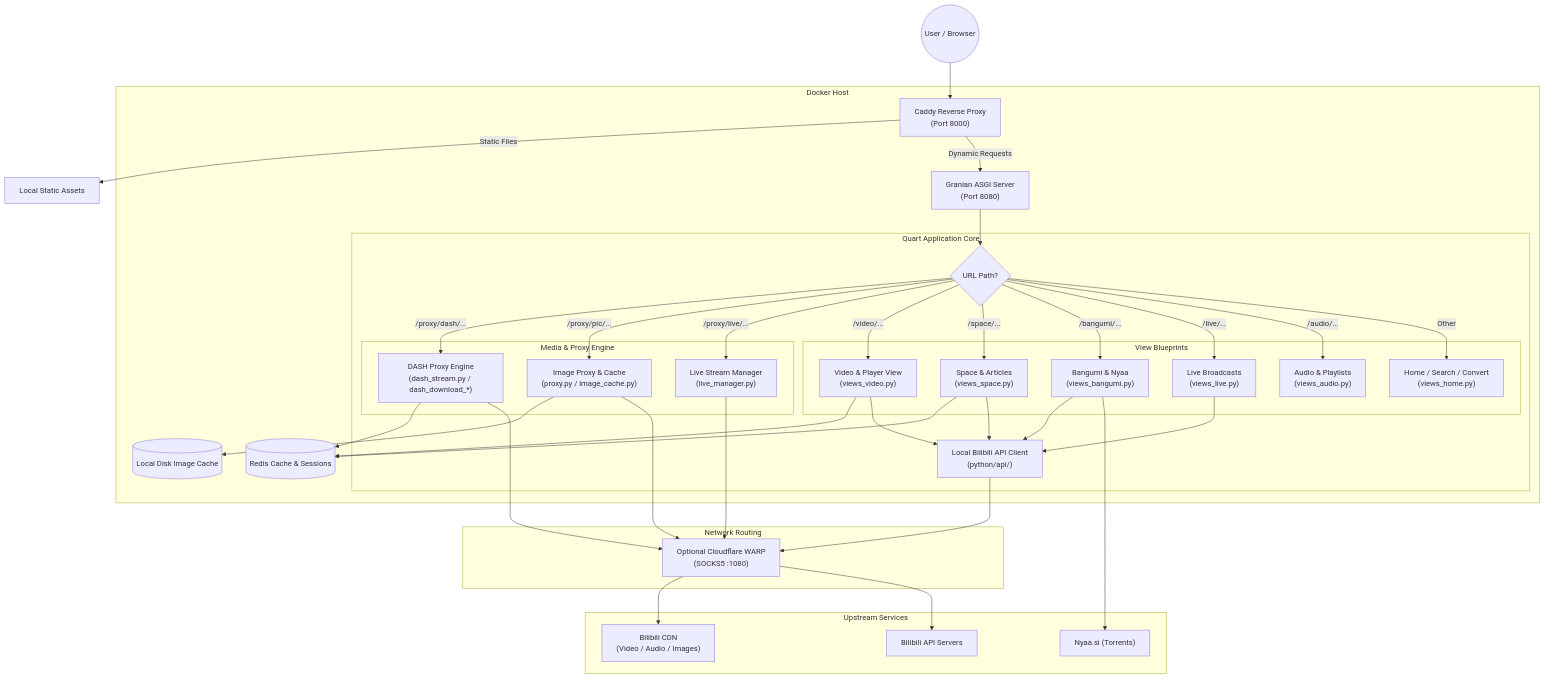
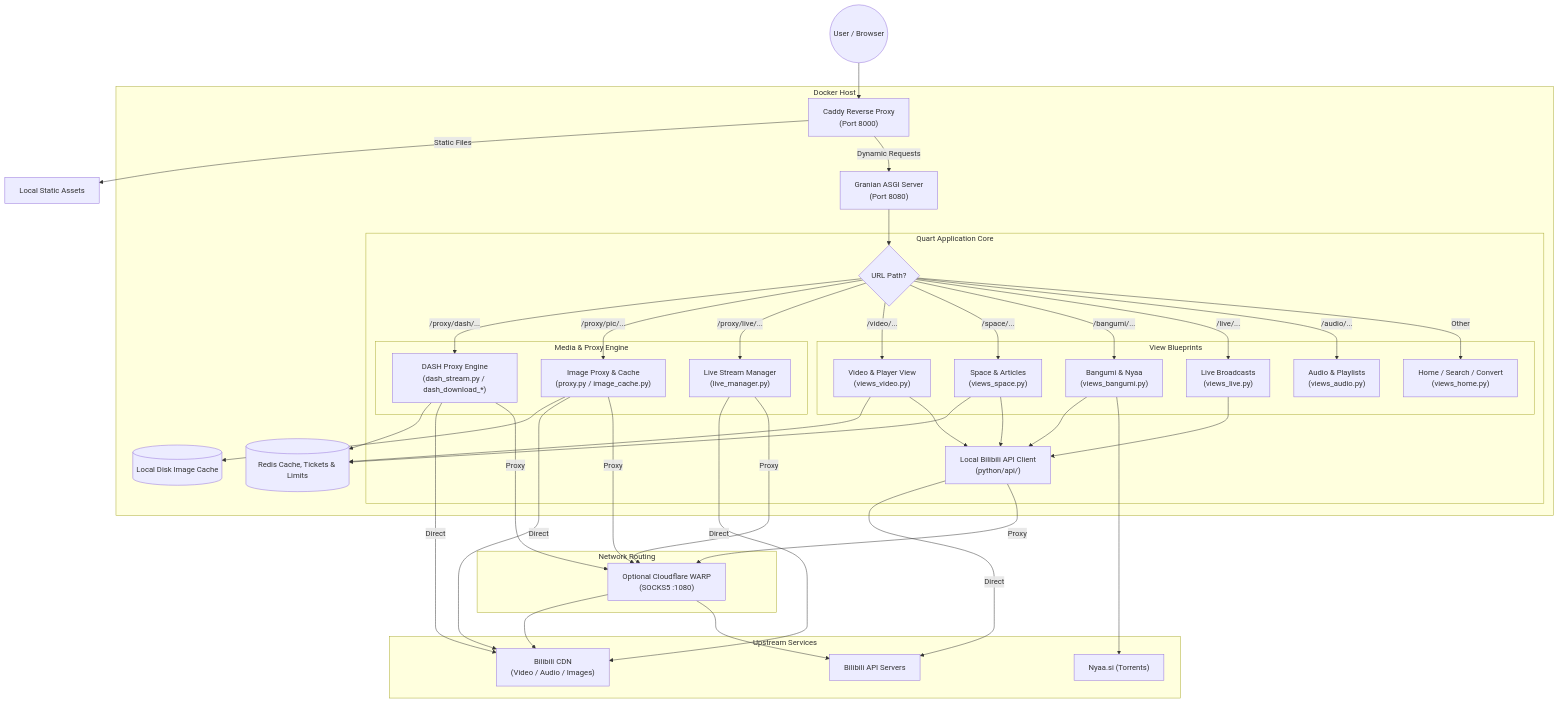
The diagram in doc/architecture.md (apicalshark/mikuinvidious), drawn with Mermaid before and after one commit. The commit also changed other lines of this file and 4 other files, not shown here.

````diff
--- a/doc/architecture.md
+++ b/doc/architecture.md
@@ -102,7 +105,7 @@
             BiliAPI["Local Bilibili API Client<br>(python/api/)"]
         end
 
-        Redis[("Redis Cache & Sessions")]
+        Redis[("Redis Cache, Tickets & Limits")]
         DiskCache[("Local Disk Image Cache")]
     end
 
@@ -135,10 +138,13 @@
 
     %% Cache & API paths
     ProxyDASH --> Redis
-    ProxyDASH --> Warp
+    ProxyDASH -- "Direct" --> BiliCDN
+    ProxyDASH -- "Proxy" --> Warp
     ProxyPic --> DiskCache
-    ProxyPic --> Warp
-    ProxyLive --> Warp
+    ProxyPic -- "Direct" --> BiliCDN
+    ProxyPic -- "Proxy" --> Warp
+    ProxyLive -- "Direct" --> BiliCDN
+    ProxyLive -- "Proxy" --> Warp
 
     VideoBP --> Redis
     VideoBP --> BiliAPI
@@ -148,7 +154,8 @@
     BangumiBP --> NyaaSI
     LiveBP --> BiliAPI
 
-    BiliAPI --> Warp
+    BiliAPI -- "Direct" --> BiliServers
+    BiliAPI -- "Proxy" --> Warp
     Warp --> BiliCDN
     Warp --> BiliServers
 ```
````
